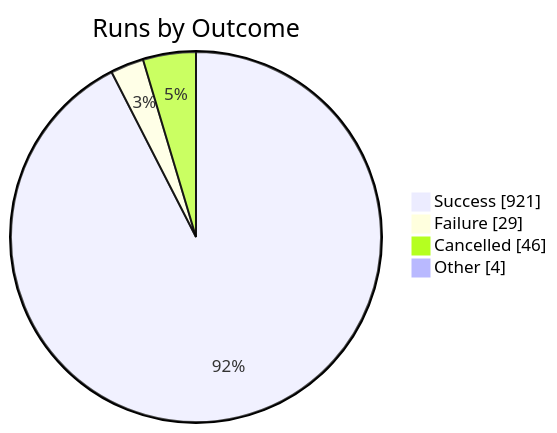
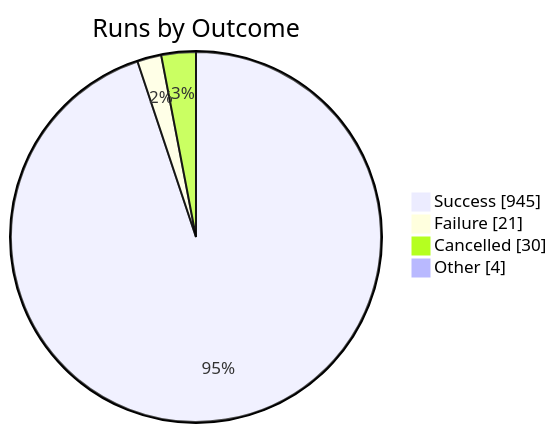
One commit to KBVE/kbve changed the first of 2 diagrams in apps/kbve/astro-kbve/src/content/docs/dashboard/ci-health.mdx. Above: the diagram before and after it, drawn with Mermaid. The commit also changed other lines of this file and 1 other file, not shown here.

````diff
--- a/apps/kbve/astro-kbve/src/content/docs/dashboard/ci-health.mdx
+++ b/apps/kbve/astro-kbve/src/content/docs/dashboard/ci-health.mdx
@@ -189,8 +189,8 @@
 ```mermaid
 pie showData
     title Runs by Outcome
-    "Success" : 921
-    "Failure" : 29
-    "Cancelled" : 46
+    "Success" : 945
+    "Failure" : 21
+    "Cancelled" : 30
     "Other" : 4
 ```
````
